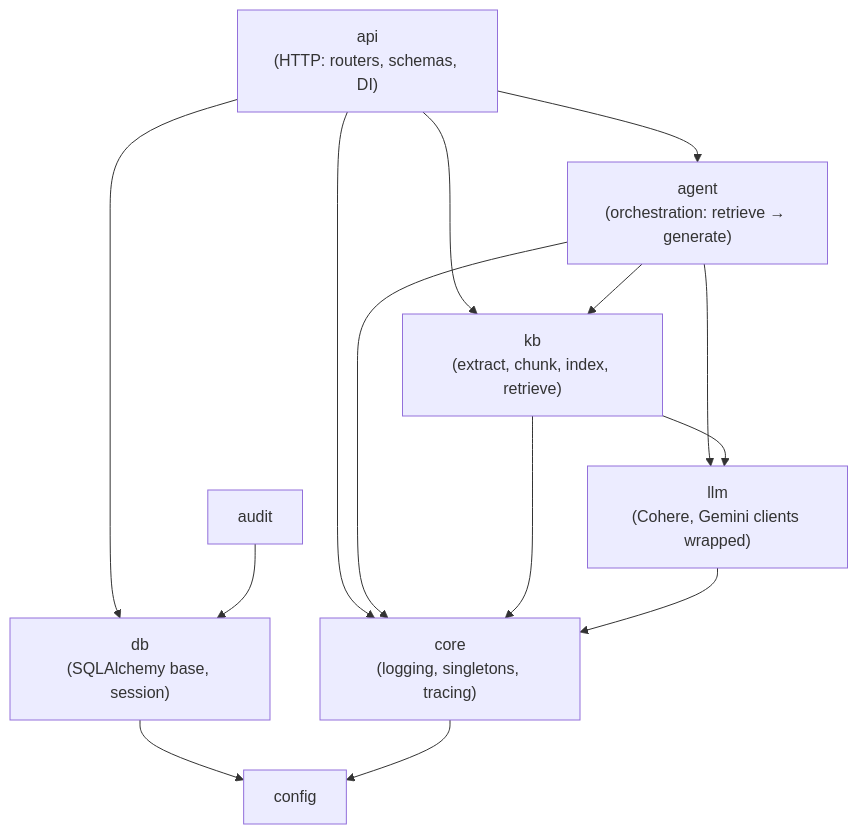
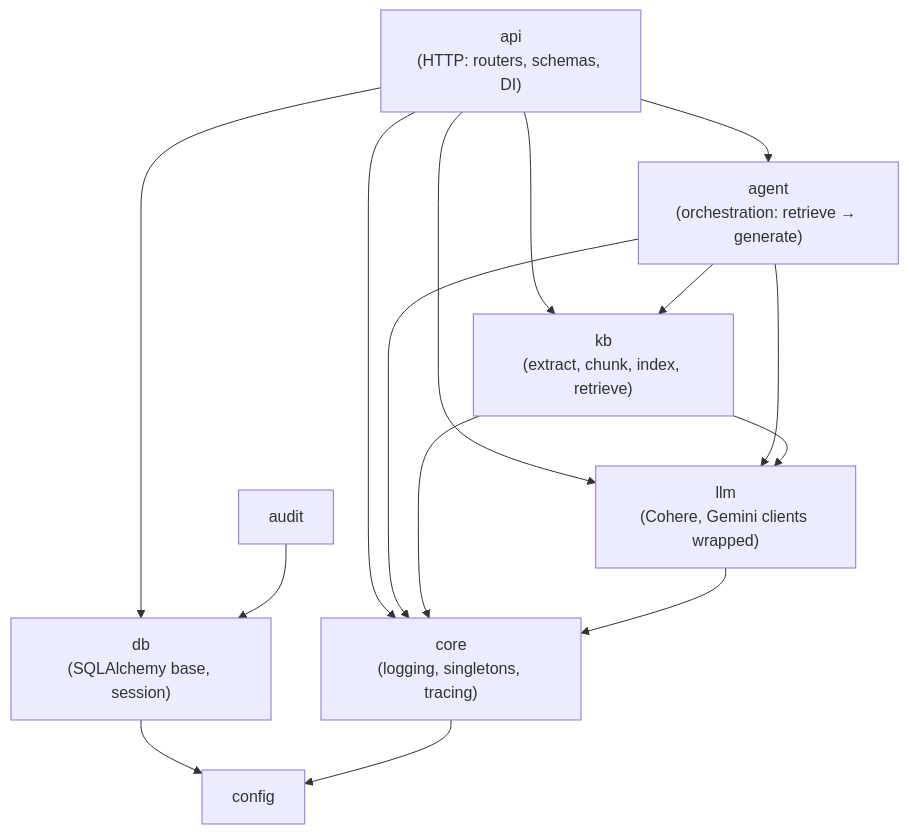
One commit to Ziadashraf301/TeleCopilot-AI changed the third of 7 diagrams in docs/design/M0-foundation.md. Above: the diagram before and after it, drawn with Mermaid. The commit also changed other lines of this file and 73 other files, not shown here.

First line of the commit message:
S01-02: Group modules into api / agent / kb / llm packages

````diff
--- a/docs/design/M0-foundation.md
+++ b/docs/design/M0-foundation.md
@@ -99,24 +99,25 @@
 ```mermaid
 flowchart TB
   api["api<br/>(HTTP: routers, schemas, DI)"]
   agent["agent<br/>(orchestration: retrieve → generate)"]
   kb["kb<br/>(extract, chunk, index, retrieve)"]
   llm["llm<br/>(Cohere, Gemini clients wrapped)"]
   audit["audit"]
   db["db<br/>(SQLAlchemy base, session)"]
   core["core<br/>(logging, singletons, tracing)"]
   config["config"]
   api --> agent
   api --> kb
+  api --> llm
   api --> core
   api --> db
   agent --> kb
   agent --> llm
   kb --> llm
   audit --> db
   agent --> core
   kb --> core
   llm --> core
   db --> config
   core --> config
 ```
````
